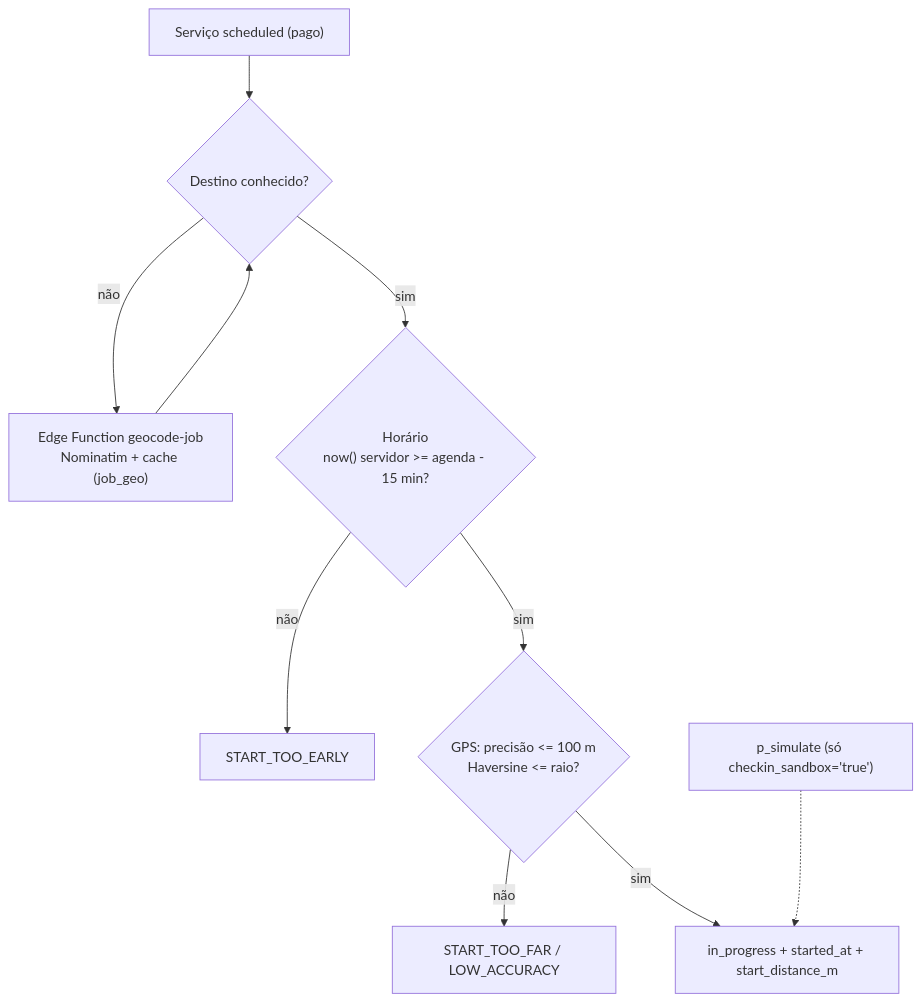
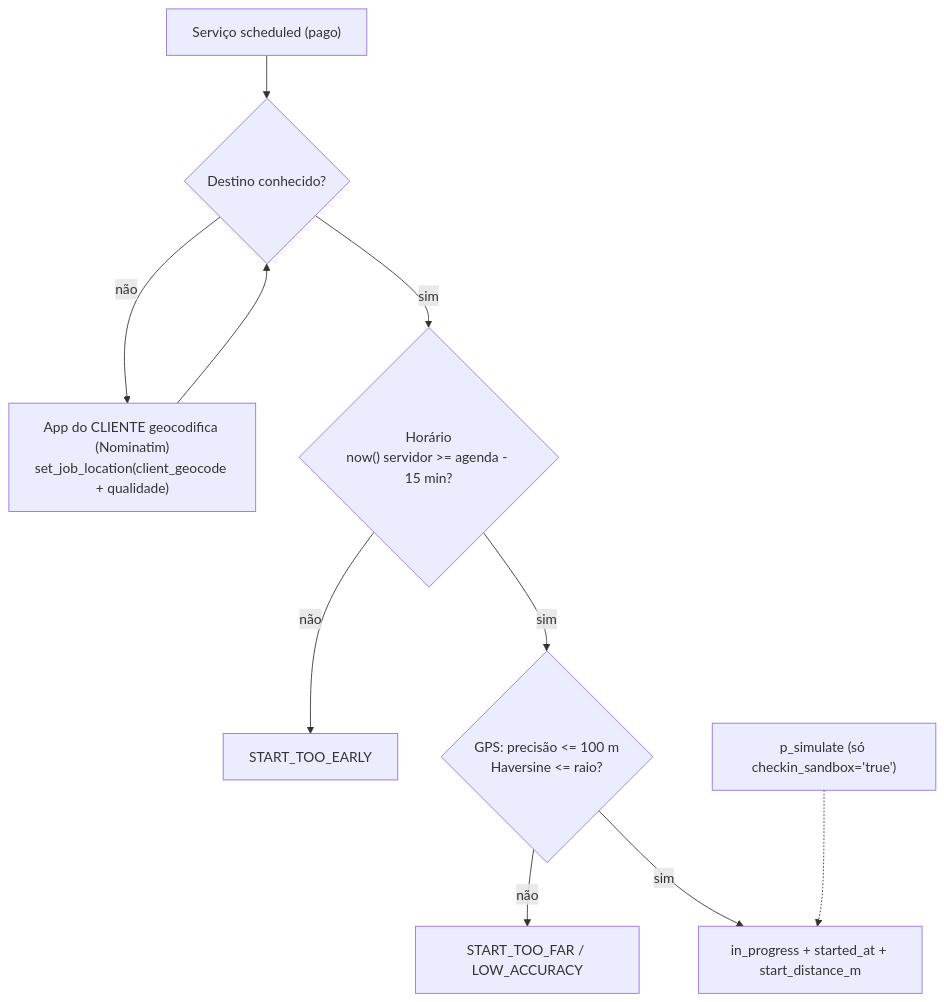
One commit to WagnerxOliveira/DesperrengueApp_TAI3 changed the ninth of 11 diagrams in docs/ARCHITECTURE.md. Above: the diagram before and after it, drawn with Mermaid. The commit also changed other lines of this file and 6 other files, not shown here.

````diff
--- a/docs/ARCHITECTURE.md
+++ b/docs/ARCHITECTURE.md
@@ -424,12 +423,12 @@
 ```mermaid
 flowchart TD
     S["Serviço scheduled (pago)"] --> D{"Destino conhecido?"}
-    D -- "não" --> G["Edge Function geocode-job<br/>Nominatim + cache (job_geo)"]
+    D -- "não" --> G["App do CLIENTE geocodifica (Nominatim)<br/>set_job_location(client_geocode + qualidade)"]
     G --> D
     D -- "sim" --> T{"Horário<br/>now() servidor >= agenda - 15 min?"}
     T -- "não" --> X1["START_TOO_EARLY"]
     T -- "sim" --> L{"GPS: precisão <= 100 m<br/>Haversine <= raio?"}
     L -- "não" --> X2["START_TOO_FAR / LOW_ACCURACY"]
     L -- "sim" --> OK["in_progress + started_at + start_distance_m"]
     SIM["p_simulate (só checkin_sandbox='true')"] -.-> OK
 ```
````
